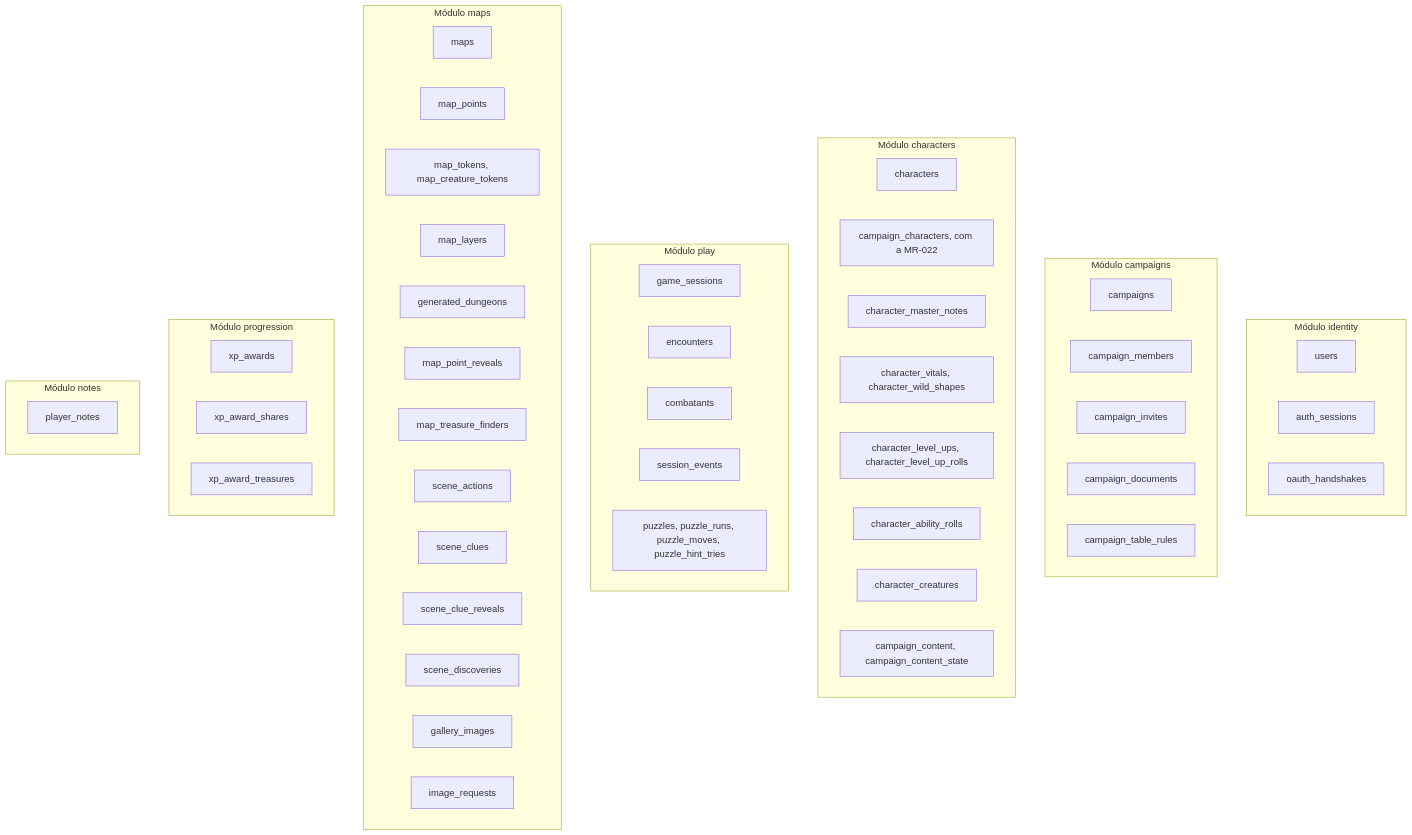
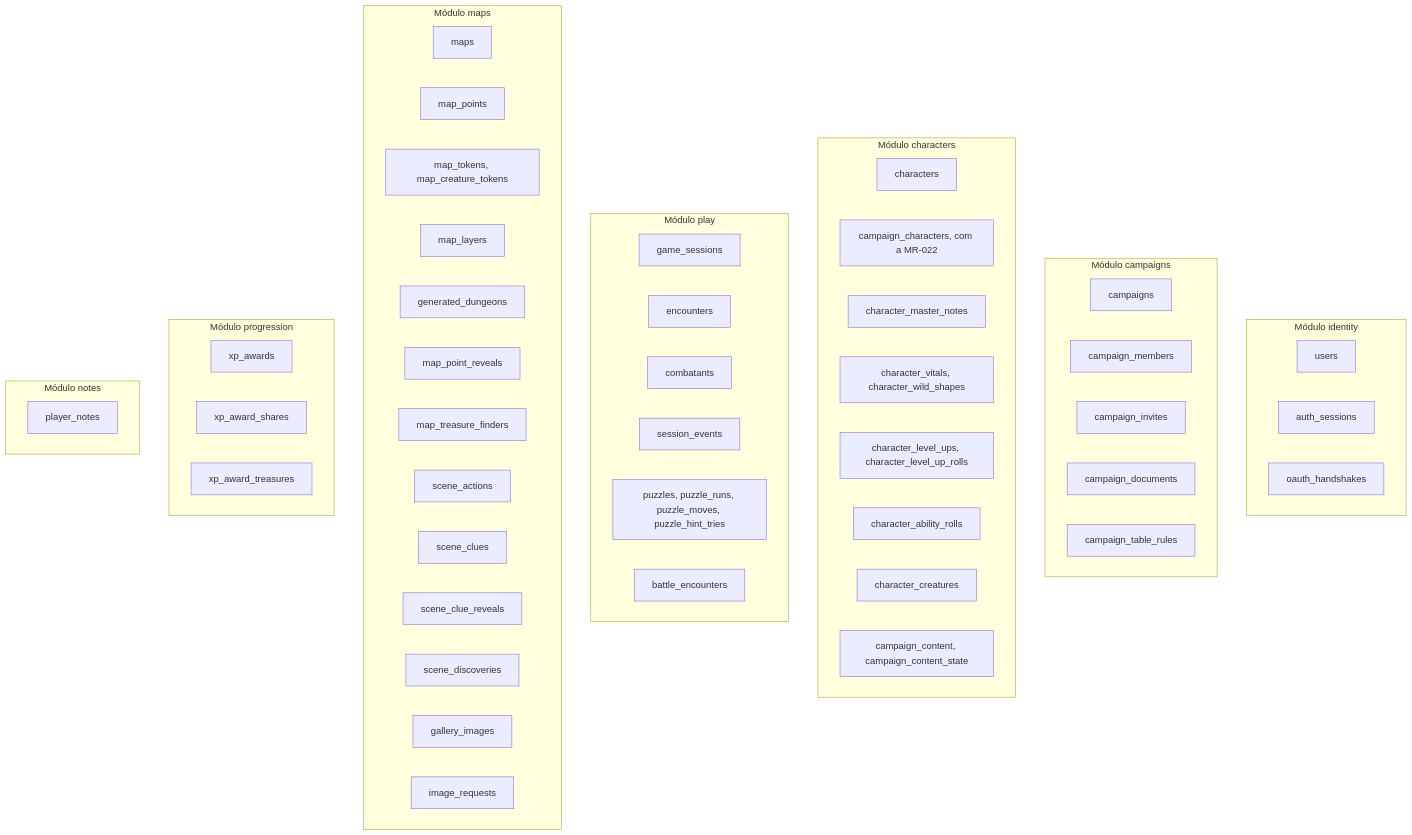
One commit to PuraFome/meuRPG changed the second of 3 diagrams in docs/dados.md. Above: the diagram before and after it, drawn with Mermaid. The commit also changed other lines of this file and 46 other files, not shown here.

First line of the commit message:
feat(play): the encounter builder: the party's budget, "Gerar encontro", encounters saved on battle points, and starting one

````diff
--- a/docs/dados.md
+++ b/docs/dados.md
@@ -320,61 +321,62 @@
 ```mermaid
 flowchart TD
     subgraph identity["Módulo identity"]
         t_users["users"]
         t_auth_sessions["auth_sessions"]
         t_oauth_handshakes["oauth_handshakes"]
     end
 
     subgraph campaigns_mod["Módulo campaigns"]
         t_campaigns["campaigns"]
         t_campaign_members["campaign_members"]
         t_campaign_invites["campaign_invites"]
         t_campaign_documents["campaign_documents"]
         t_campaign_table_rules["campaign_table_rules"]
     end
 
     subgraph characters_mod["Módulo characters"]
         t_characters["characters"]
         t_campaign_characters["campaign_characters, com a MR-022"]
         t_character_master_notes["character_master_notes"]
         t_character_vitals["character_vitals, character_wild_shapes"]
         t_character_level_ups["character_level_ups, character_level_up_rolls"]
         t_character_ability_rolls["character_ability_rolls"]
         t_character_creatures["character_creatures"]
         t_campaign_content["campaign_content, campaign_content_state"]
     end
 
     subgraph play["Módulo play"]
         t_game_sessions["game_sessions"]
         t_encounters["encounters"]
         t_combatants["combatants"]
         t_session_events["session_events"]
         t_puzzles["puzzles, puzzle_runs, puzzle_moves, puzzle_hint_tries"]
+        t_battle_encounters["battle_encounters"]
     end
 
     subgraph maps_mod["Módulo maps"]
         t_maps["maps"]
         t_map_points["map_points"]
         t_map_tokens["map_tokens, map_creature_tokens"]
         t_map_layers["map_layers"]
         t_generated_dungeons["generated_dungeons"]
         t_map_point_reveals["map_point_reveals"]
         t_map_treasure_finders["map_treasure_finders"]
         t_scene_actions["scene_actions"]
         t_scene_clues["scene_clues"]
         t_scene_clue_reveals["scene_clue_reveals"]
         t_scene_discoveries["scene_discoveries"]
         t_gallery_images["gallery_images"]
         t_image_requests["image_requests"]
     end
 
     subgraph progression["Módulo progression"]
         t_xp_awards["xp_awards"]
         t_xp_award_shares["xp_award_shares"]
         t_xp_award_treasures["xp_award_treasures"]
     end
 
     subgraph notes_mod["Módulo notes"]
         t_player_notes["player_notes"]
     end
 ```
````
